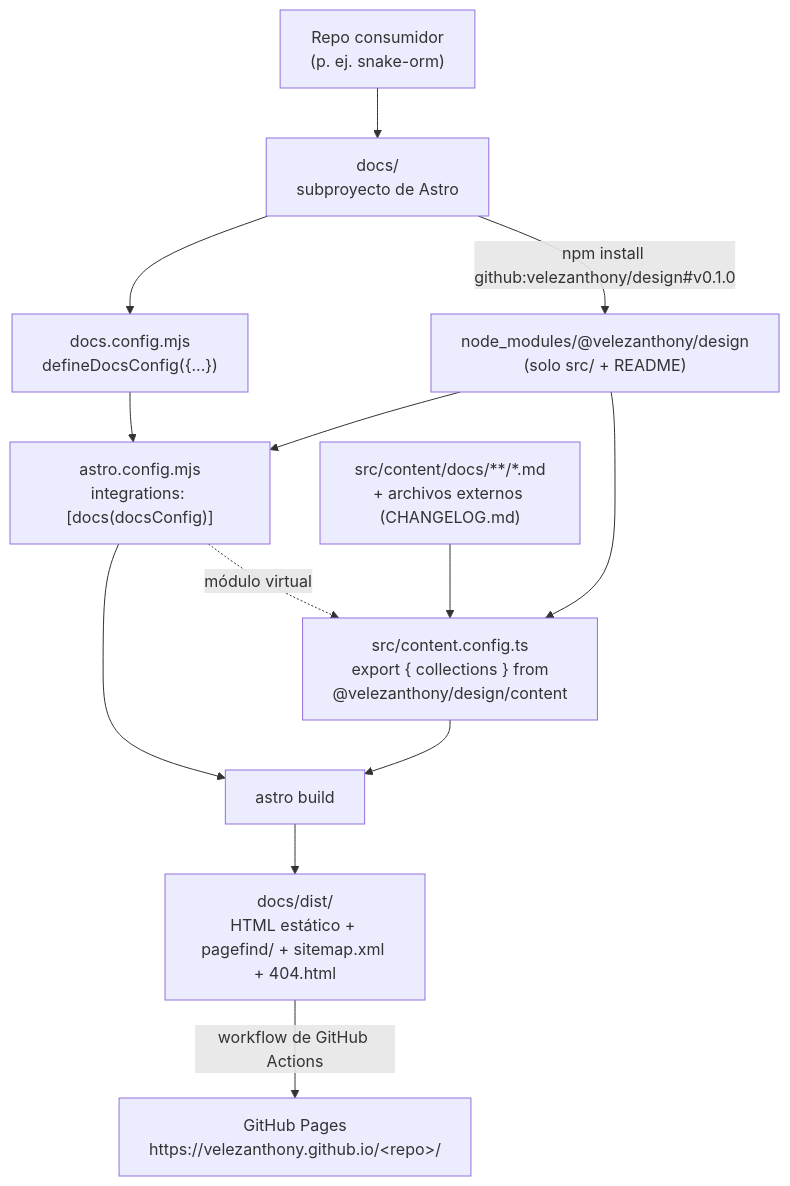
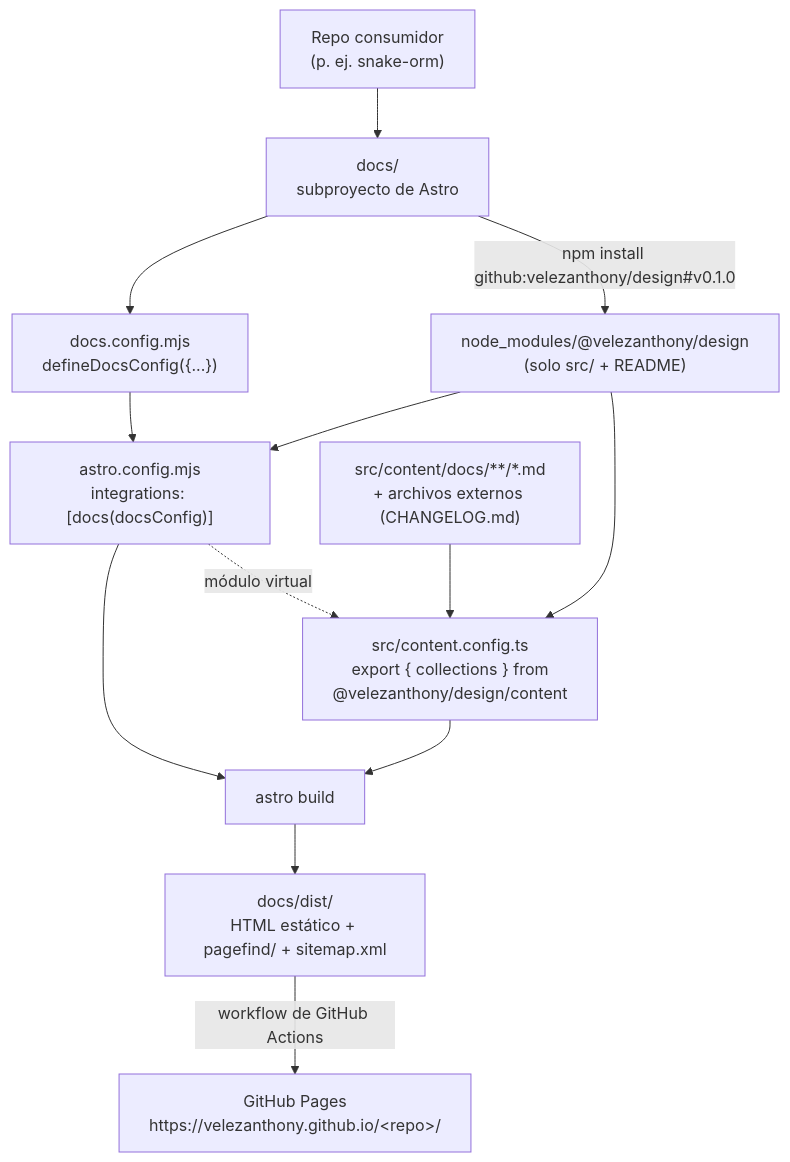
The diagram in docs/src/content/docs/concepto/index.md (velezanthony/design), drawn with Mermaid before and after one commit. The commit also changed other lines of this file and 12 other files, not shown here.

````diff
--- a/docs/src/content/docs/concepto/index.md
+++ b/docs/src/content/docs/concepto/index.md
@@ -16,15 +16,15 @@
 ```mermaid
 flowchart TD
   repo["Repo consumidor<br/>(p. ej. snake-orm)"] --> sub["docs/<br/>subproyecto de Astro"]
   sub -->|"npm install github:velezanthony/design#v0.1.0"| nm["node_modules/@velezanthony/design<br/>(solo src/ + README)"]
   sub --> cfg["docs.config.mjs<br/>defineDocsConfig({...})"]
   cfg --> astrocfg["astro.config.mjs<br/>integrations: [docs(docsConfig)]"]
   astrocfg -. "módulo virtual" .-> cc["src/content.config.ts<br/>export { collections } from<br/>@velezanthony/design/content"]
   md["src/content/docs/**/*.md<br/>+ archivos externos (CHANGELOG.md)"] --> cc
   nm --> astrocfg
   nm --> cc
   astrocfg --> build["astro build"]
   cc --> build
-  build --> dist["docs/dist/<br/>HTML estático + pagefind/ + sitemap.xml + 404.html"]
+  build --> dist["docs/dist/<br/>HTML estático + pagefind/ + sitemap.xml"]
   dist -->|"workflow de GitHub Actions"| pages["GitHub Pages<br/>https://velezanthony.github.io/&lt;repo&gt;/"]
 ```
````
